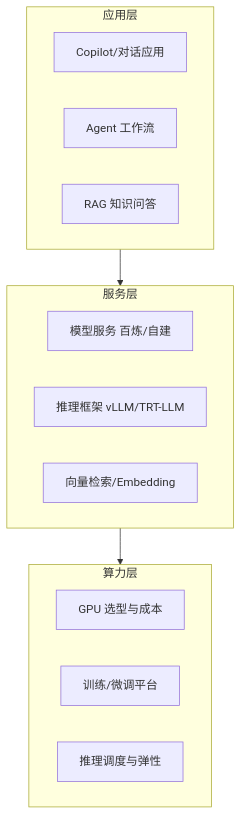
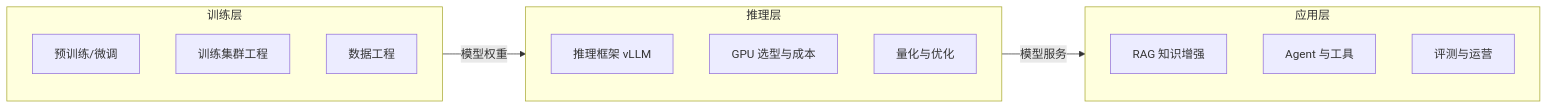
The diagram in docs/ai/index.md (shuifans/cloud-ai-knowledge-base), drawn with Mermaid before and after one commit. The commit also changed other lines of this file and 33 other files, not shown here.

````diff
--- a/docs/ai/index.md
+++ b/docs/ai/index.md
@@ -19,19 +12,19 @@
 ```mermaid
-flowchart TB
+flowchart LR
+  subgraph 训练层
+    T1[预训练/微调]
+    T2[训练集群工程]
+    T3[数据工程]
+  end
+  subgraph 推理层
+    I1[推理框架 vLLM]
+    I2[GPU 选型与成本]
+    I3[量化与优化]
+  end
   subgraph 应用层
-    P1[Copilot/对话应用]
-    P2[Agent 工作流]
-    P3[RAG 知识问答]
+    A1[RAG 知识增强]
+    A2[Agent 与工具]
+    A3[评测与运营]
   end
-  subgraph 服务层
-    S1[模型服务 百炼/自建]
-    S2[推理框架 vLLM/TRT-LLM]
-    S3[向量检索/Embedding]
-  end
-  subgraph 算力层
-    H1[GPU 选型与成本]
-    H2[训练/微调平台]
-    H3[推理调度与弹性]
-  end
-  应用层 --> 服务层 --> 算力层
+  训练层 -->|模型权重| 推理层 -->|模型服务| 应用层
 ```
````
